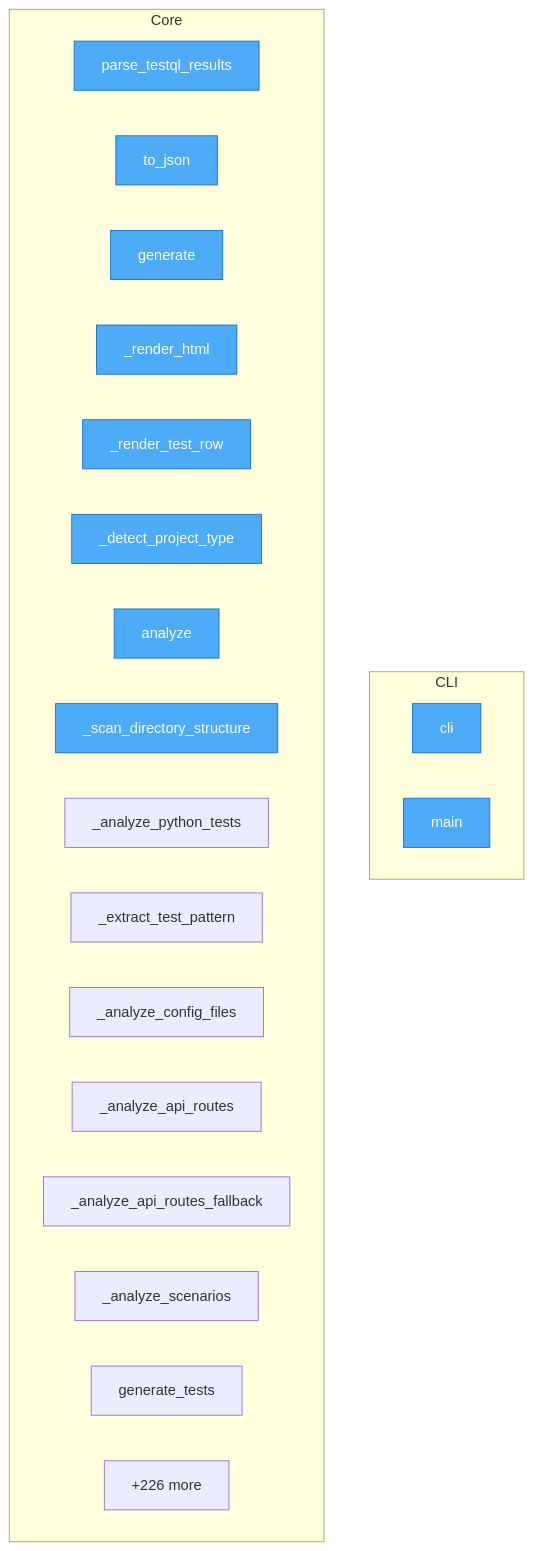
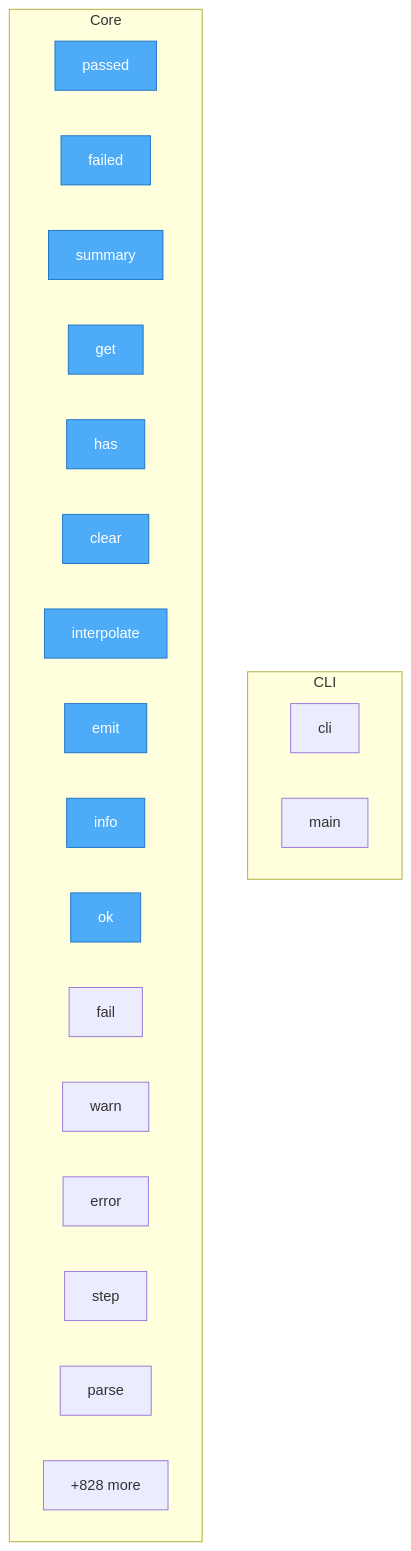
One commit to oqlos/testql changed the diagram in project/flow.mmd. Above: the diagram before and after it, drawn with Mermaid. The commit also changed 28 other files, not shown here.

```diff
--- a/project/flow.mmd
+++ b/project/flow.mmd
@@ -1,30 +1,30 @@
 flowchart TD
 
     %% Entry points (blue)
     classDef entry fill:#4dabf7,stroke:#1971c2,color:#fff
 
     subgraph CLI
         testql__cli__cli["cli"]
         testql__cli__main["main"]
     end
 
     subgraph Core
-        testql__report_generator__ReportDataParser__parse_testql_results["parse_testql_results"]
-        testql__report_generator__ReportDataParser__to_json["to_json"]
-        testql__report_generator__HTMLReportGenerator__generate["generate"]
-        testql__report_generator__HTMLReportGenerator___render_html["_render_html"]
-        testql__report_generator__HTMLReportGenerator___render_test_row["_render_test_row"]
-        testql__generator__TestGenerator___detect_project_type["_detect_project_type"]
-        testql__generator__TestGenerator__analyze["analyze"]
-        testql__generator__TestGenerator___scan_directory_structure["_scan_directory_structure"]
-        testql__generator__TestGenerator___analyze_python_tests["_analyze_python_tests"]
-        testql__generator__TestGenerator___extract_test_pattern["_extract_test_pattern"]
-        testql__generator__TestGenerator___analyze_config_files["_analyze_config_files"]
-        testql__generator__TestGenerator___analyze_api_routes["_analyze_api_routes"]
-        testql__generator__TestGenerator___analyze_api_routes_fallback["_analyze_api_routes_fallback"]
-        testql__generator__TestGenerator___analyze_scenarios["_analyze_scenarios"]
-        testql__generator__TestGenerator__generate_tests["generate_tests"]
-        ...["+226 more"]
+        SUMR__passed["passed"]
+        SUMR__failed["failed"]
+        SUMR__summary["summary"]
+        SUMR__get["get"]
+        SUMR__has["has"]
+        SUMR__clear["clear"]
+        SUMR__interpolate["interpolate"]
+        SUMR__emit["emit"]
+        SUMR__info["info"]
+        SUMR__ok["ok"]
+        SUMR__fail["fail"]
+        SUMR__warn["warn"]
+        SUMR__error["error"]
+        SUMR__step["step"]
+        SUMR__parse["parse"]
+        ...["+828 more"]
     end
 
-    class testql__cli__cli,testql__cli__main,testql__report_generator__ReportDataParser__parse_testql_results,testql__report_generator__ReportDataParser__to_json,testql__report_generator__HTMLReportGenerator__generate,testql__report_generator__HTMLReportGenerator___render_html,testql__report_generator__HTMLReportGenerator___render_test_row,testql__generator__TestGenerator___detect_project_type,testql__generator__TestGenerator__analyze,testql__generator__TestGenerator___scan_directory_structure entry
+    class SUMR__passed,SUMR__failed,SUMR__summary,SUMR__get,SUMR__has,SUMR__clear,SUMR__interpolate,SUMR__emit,SUMR__info,SUMR__ok entry
```
